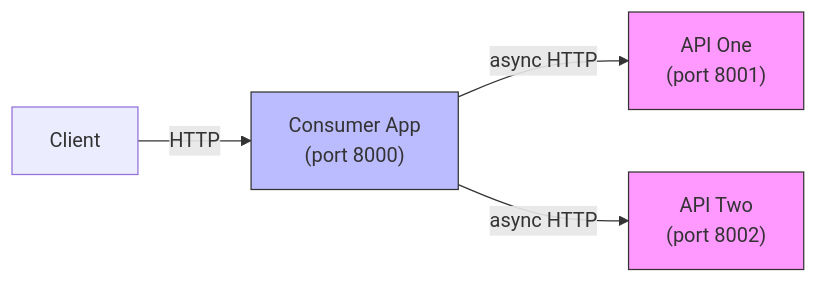
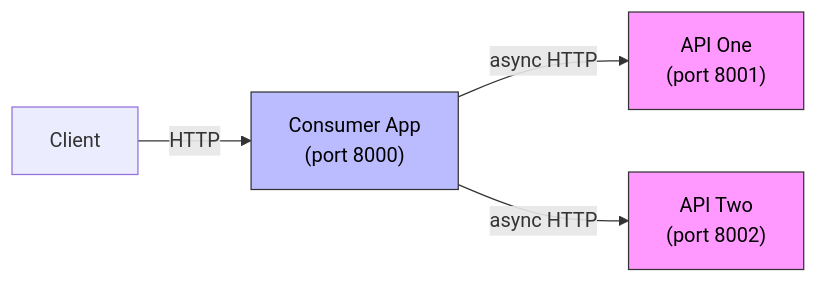
Before and after one commit to kshshton/async-flow: the diagram in README.md, drawn with Mermaid.

Commit message:
Change text color

````diff
--- a/README.md
+++ b/README.md
@@ -5,9 +5,9 @@
 ```mermaid
 graph LR
   Client[Client] -->|HTTP| Consumer["Consumer App<br>(port 8000)"]
   Consumer -->|async HTTP| API1["API One<br>(port 8001)"]
   Consumer -->|async HTTP| API2["API Two<br>(port 8002)"]
-  style API1 fill:#f9f,stroke:#333,stroke-width:1px
-  style API2 fill:#f9f,stroke:#333,stroke-width:1px
-  style Consumer fill:#bbf,stroke:#333,stroke-width:1px
+  style API1 fill:#f9f,stroke:#333,stroke-width:1px,color:#000
+  style API2 fill:#f9f,stroke:#333,stroke-width:1px,color:#000
+  style Consumer fill:#bbf,stroke:#333,stroke-width:1px,color:#000
 ```
````
